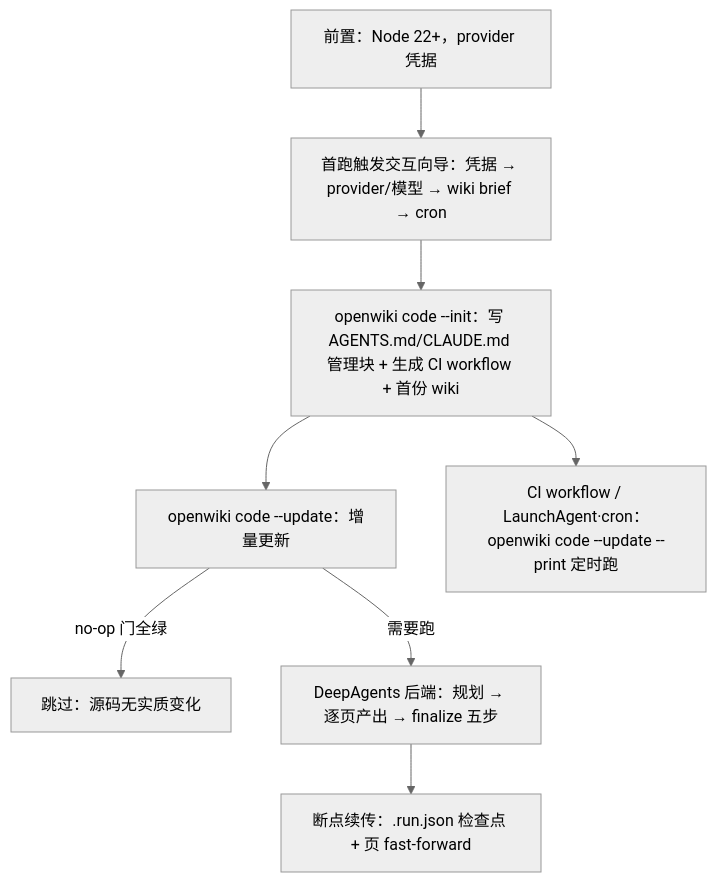
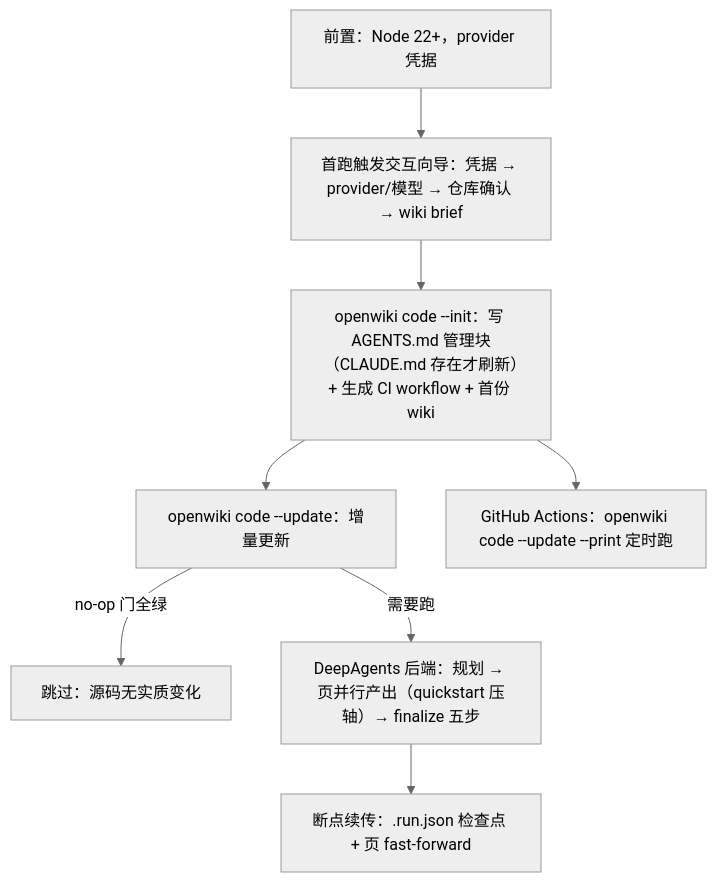
Before and after one commit to ethan-jiang-1/openwiki: the diagram in _digested/16-production-paths/03-native-cli-production.md, drawn with Mermaid (neutral theme). The commit also changed other lines of this file and 82 other files, not shown here.

````diff
--- a/_digested/16-production-paths/03-native-cli-production.md
+++ b/_digested/16-production-paths/03-native-cli-production.md
@@ -26,10 +28,10 @@
 ```mermaid
 flowchart TD
-    P["前置：Node 22+，provider 凭据"] --> WIZ["首跑触发交互向导：凭据 → provider/模型 → wiki brief → cron"]
-    WIZ --> INIT["openwiki code --init：写 AGENTS.md/CLAUDE.md 管理块 + 生成 CI workflow + 首份 wiki"]
+    P["前置：Node 22+，provider 凭据"] --> WIZ["首跑触发交互向导：凭据 → provider/模型 → 仓库确认 → wiki brief"]
+    WIZ --> INIT["openwiki code --init：写 AGENTS.md 管理块（CLAUDE.md 存在才刷新）+ 生成 CI workflow + 首份 wiki"]
     INIT --> UP["openwiki code --update：增量更新"]
     UP -->|"no-op 门全绿"| SKIP["跳过：源码无实质变化"]
-    UP -->|"需要跑"| RUN["DeepAgents 后端：规划 → 逐页产出 → finalize 五步"]
+    UP -->|"需要跑"| RUN["DeepAgents 后端：规划 → 页并行产出（quickstart 压轴）→ finalize 五步"]
     RUN --> RES["断点续传：.run.json 检查点 + 页 fast-forward"]
-    INIT --> CI["CI workflow / LaunchAgent·cron：openwiki code --update --print 定时跑"]
+    INIT --> CI["GitHub Actions：openwiki code --update --print 定时跑"]
 ```
````
